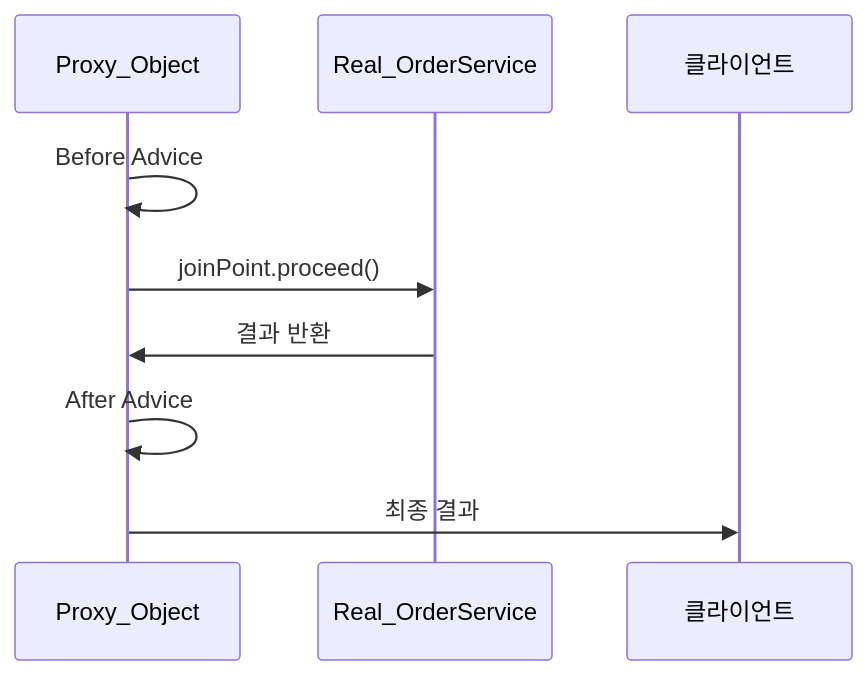
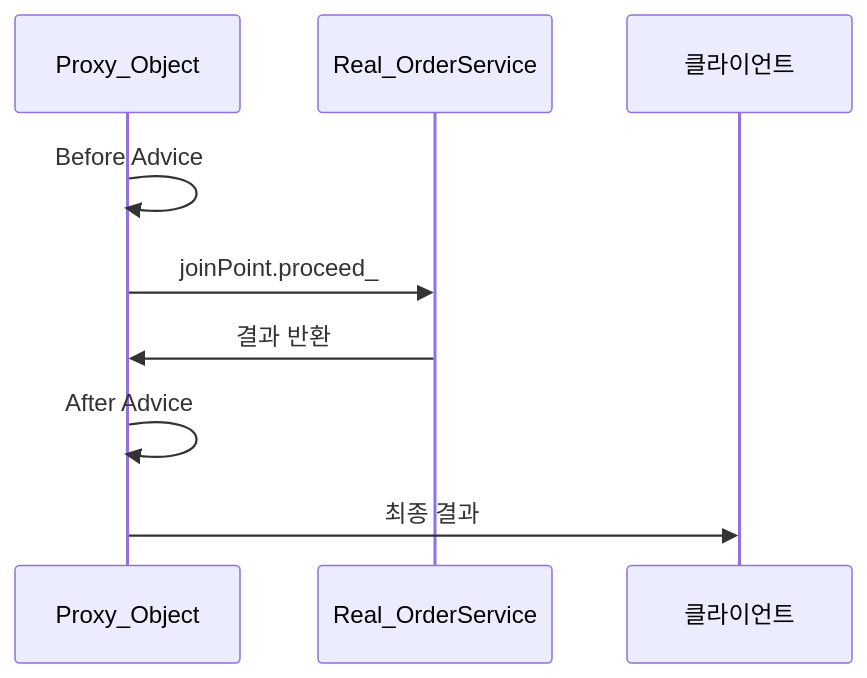
One commit to yjkim2015/yjkim2015.github.io changed the first of 5 diagrams in _posts/spring/2026-05-01-spring-aop.md. Above: the diagram before and after it, drawn with Mermaid. The commit also changed 85 other files, not shown here.

First line of the commit message:
sequenceDiagram 문법 에러 2차 수정 169개 (86파일)

````diff
--- a/_posts/spring/2026-05-01-spring-aop.md
+++ b/_posts/spring/2026-05-01-spring-aop.md
@@ -262,8 +262,8 @@
 ```mermaid
 sequenceDiagram
     Proxy_Object->>Proxy_Object: Before Advice
-    Proxy_Object->>Real_OrderService: joinPoint.proceed()
+    Proxy_Object->>Real_OrderService: joinPoint.proceed_
     Real_OrderService->>Proxy_Object: 결과 반환
     Proxy_Object->>Proxy_Object: After Advice
     Proxy_Object->>클라이언트: 최종 결과
 ```
````
